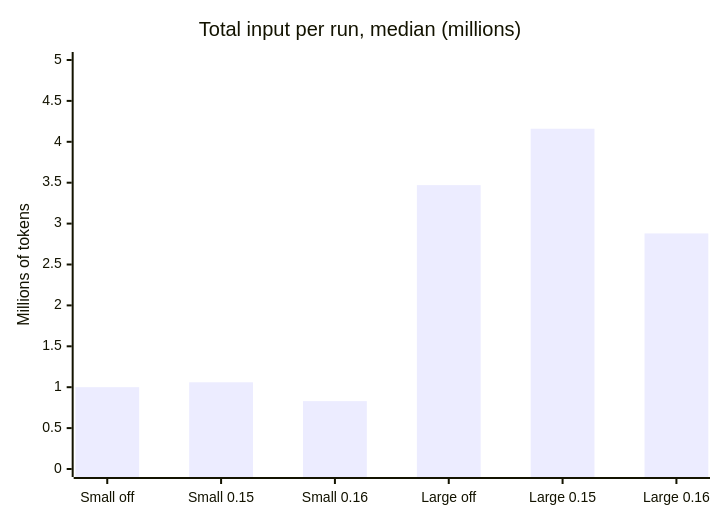
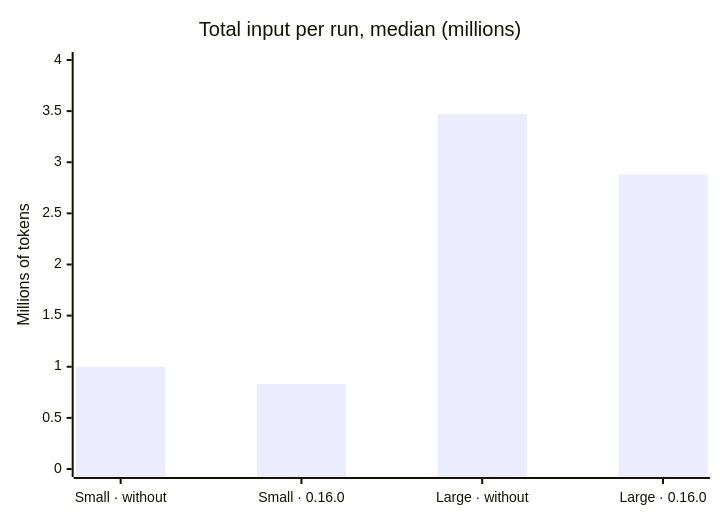
The first of 2 diagrams in docs/BENCHMARK.md (Osanchez/Flowestra), drawn with Mermaid before and after one commit. The commit also changed other lines of this file and 1 other file, not shown here.

````diff
--- a/docs/BENCHMARK.md
+++ b/docs/BENCHMARK.md
@@ -47,7 +44,7 @@
 ```mermaid
 xychart-beta
     title "Total input per run, median (millions)"
-    x-axis ["Small off", "Small 0.15", "Small 0.16", "Large off", "Large 0.15", "Large 0.16"]
-    y-axis "Millions of tokens" 0 --> 5
-    bar [1.00, 1.06, 0.83, 3.47, 4.16, 2.88]
+    x-axis ["Small · without", "Small · 0.16.0", "Large · without", "Large · 0.16.0"]
+    y-axis "Millions of tokens" 0 --> 4
+    bar [1.00, 0.83, 3.47, 2.88]
 ```
````
